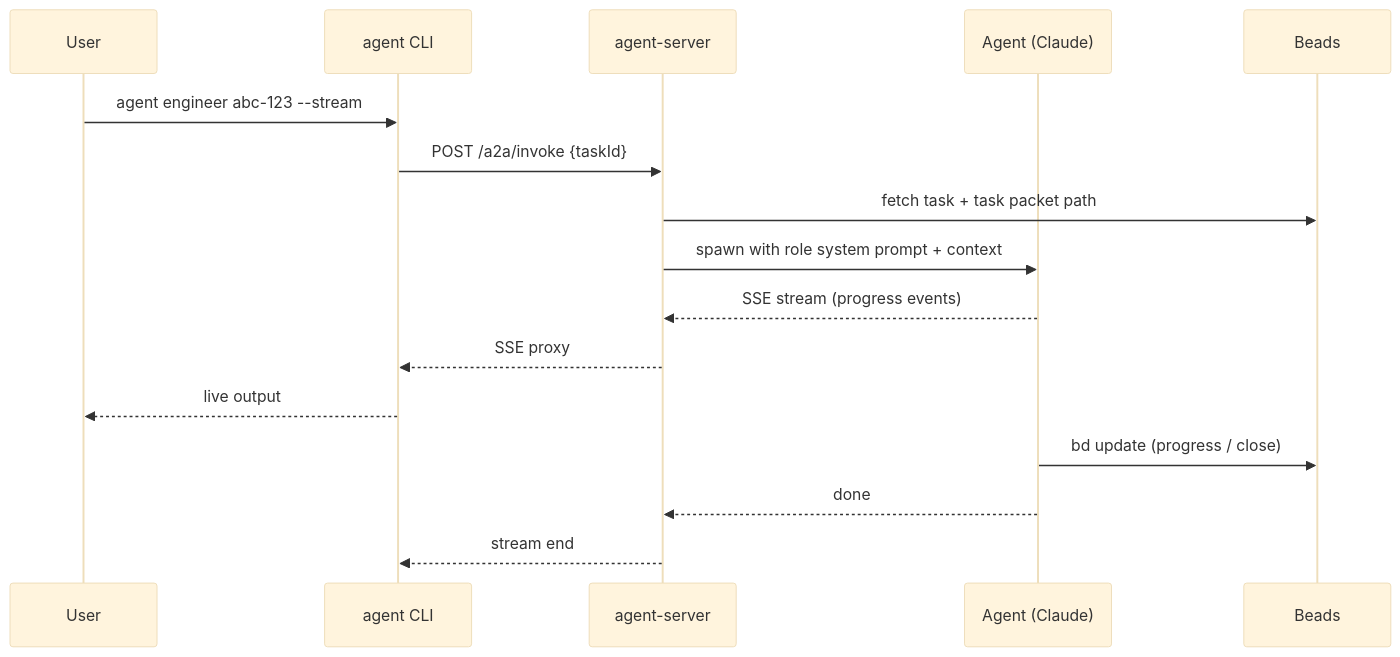
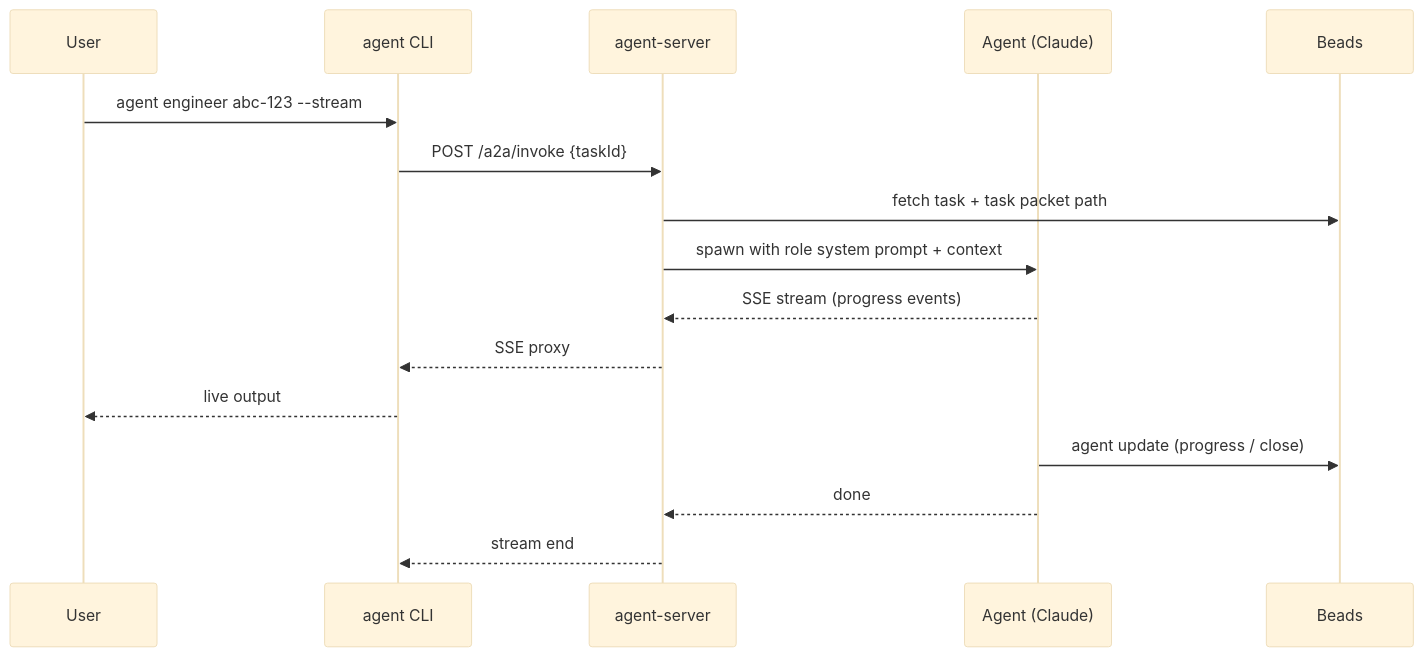
One commit to Cortexa-LLC/ai-pack changed the fourth of 7 diagrams in README.md. Above: the diagram before and after it, drawn with Mermaid (base theme). The commit also changed other lines of this file and 117 other files, not shown here.

````diff
--- a/README.md
+++ b/README.md
@@ -240,19 +240,19 @@
 ```mermaid
 sequenceDiagram
     participant U as User
     participant CLI as agent CLI
     participant SRV as agent-server
     participant A as Agent (Claude)
     participant BD as Beads
 
     U->>CLI: agent engineer abc-123 --stream
     CLI->>SRV: POST /a2a/invoke {taskId}
     SRV->>BD: fetch task + task packet path
     SRV->>A: spawn with role system prompt + context
     A-->>SRV: SSE stream (progress events)
     SRV-->>CLI: SSE proxy
     CLI-->>U: live output
-    A->>BD: bd update (progress / close)
+    A->>BD: agent update (progress / close)
     A-->>SRV: done
     SRV-->>CLI: stream end
 ```
````
